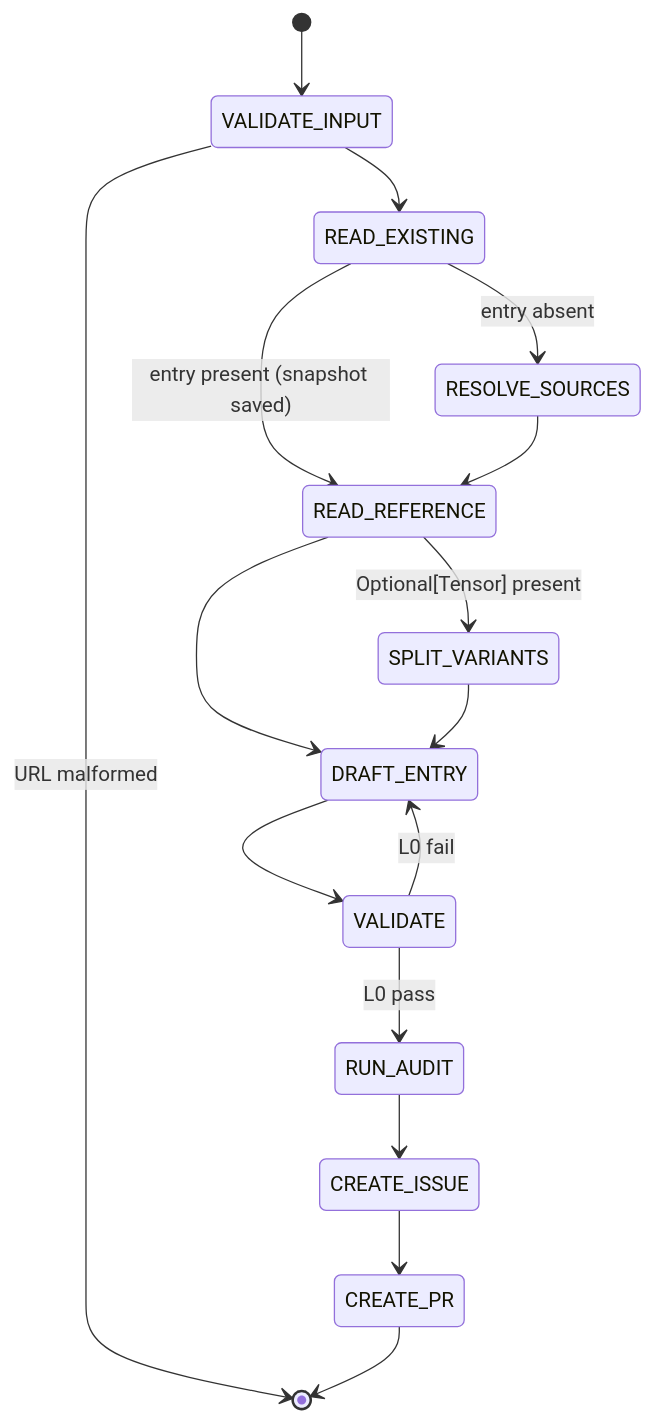
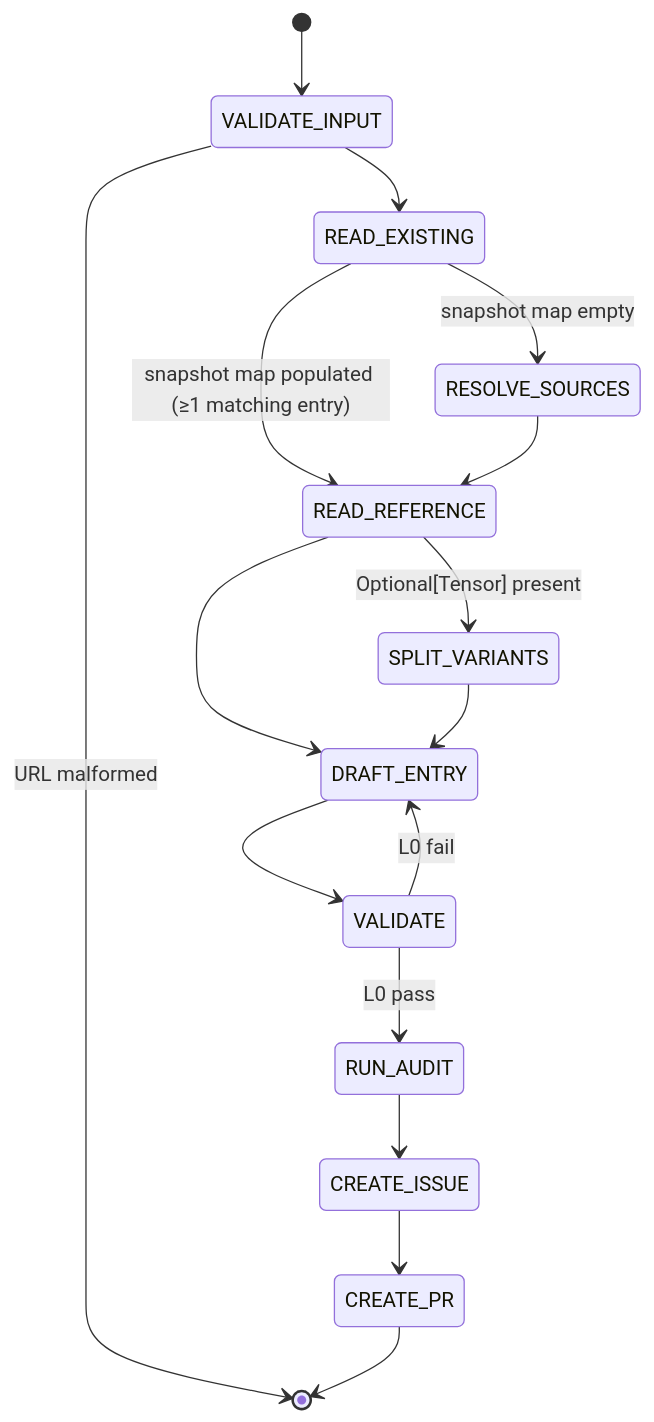
Before and after one commit to tile-ai/TileOPs: the diagram in .claude/skills/add-manifest/SKILL.md, drawn with Mermaid. The commit also changed other lines of this file, not shown here.

````diff
--- a/.claude/skills/add-manifest/SKILL.md
+++ b/.claude/skills/add-manifest/SKILL.md
@@ -33,18 +33,18 @@
 ```mermaid
 stateDiagram-v2
     [*] --> VALIDATE_INPUT
     VALIDATE_INPUT --> [*]: URL malformed
     VALIDATE_INPUT --> READ_EXISTING
-    READ_EXISTING --> RESOLVE_SOURCES: entry absent
-    READ_EXISTING --> READ_REFERENCE: entry present (snapshot saved)
+    READ_EXISTING --> RESOLVE_SOURCES: snapshot map empty
+    READ_EXISTING --> READ_REFERENCE: snapshot map populated (≥1 matching entry)
     RESOLVE_SOURCES --> READ_REFERENCE
     READ_REFERENCE --> SPLIT_VARIANTS: Optional[Tensor] present
     READ_REFERENCE --> DRAFT_ENTRY
     SPLIT_VARIANTS --> DRAFT_ENTRY
     DRAFT_ENTRY --> VALIDATE
     VALIDATE --> DRAFT_ENTRY: L0 fail
     VALIDATE --> RUN_AUDIT: L0 pass
     RUN_AUDIT --> CREATE_ISSUE
     CREATE_ISSUE --> CREATE_PR
     CREATE_PR --> [*]
 ```
````
